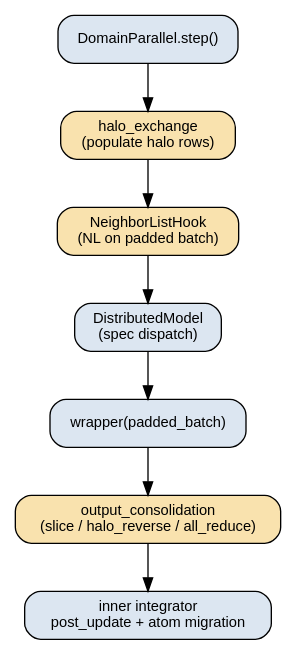
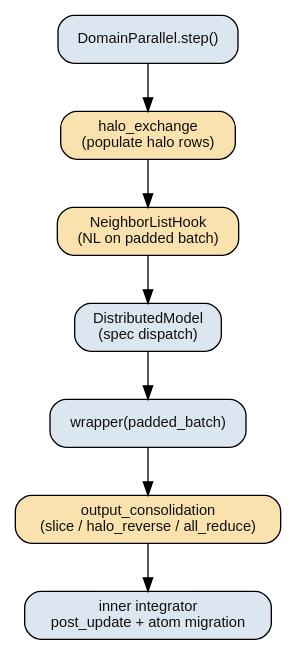
The diagram in docs/userguide/distributed.md (NVIDIA/nvalchemi-toolkit), drawn with Graphviz before and after one commit. The commit also changed 7 other files, not shown here.

````diff
--- a/docs/userguide/distributed.md
+++ b/docs/userguide/distributed.md
@@ -177,20 +177,20 @@
 ```{graphviz}
 :caption: Per-step flow under DomainParallel.
 
 digraph distributed_step {
     rankdir=TB
     fontname="Helvetica"
     node [fontname="Helvetica" fontsize=11 shape=box style="rounded,filled"]
     edge [fontname="Helvetica" fontsize=10]
 
-    DP [label="DomainParallel.step()" fillcolor="#dce6f1"]
-    Halo [label="halo_exchange\n(populate halo rows)" fillcolor="#f9e2ae"]
-    NL [label="NeighborListHook\n(NL on padded batch)" fillcolor="#f9e2ae"]
-    Wrap [label="DistributedModel\n(spec dispatch)" fillcolor="#dce6f1"]
-    Inner [label="wrapper(padded_batch)" fillcolor="#dce6f1"]
-    Cons [label="output_consolidation\n(slice / halo_reverse / all_reduce)" fillcolor="#f9e2ae"]
-    Integ [label="inner integrator\npost_update + atom migration" fillcolor="#dce6f1"]
+    DP [label="DomainParallel.step()" fillcolor="#dce6f1" fontcolor="#111111"]
+    Halo [label="halo_exchange\n(populate halo rows)" fillcolor="#f9e2ae" fontcolor="#111111"]
+    NL [label="NeighborListHook\n(NL on padded batch)" fillcolor="#f9e2ae" fontcolor="#111111"]
+    Wrap [label="DistributedModel\n(spec dispatch)" fillcolor="#dce6f1" fontcolor="#111111"]
+    Inner [label="wrapper(padded_batch)" fillcolor="#dce6f1" fontcolor="#111111"]
+    Cons [label="output_consolidation\n(slice / halo_reverse / all_reduce)" fillcolor="#f9e2ae" fontcolor="#111111"]
+    Integ [label="inner integrator\npost_update + atom migration" fillcolor="#dce6f1" fontcolor="#111111"]
 
     DP -> Halo -> NL -> Wrap -> Inner -> Cons -> Integ
 }
 ```
````
